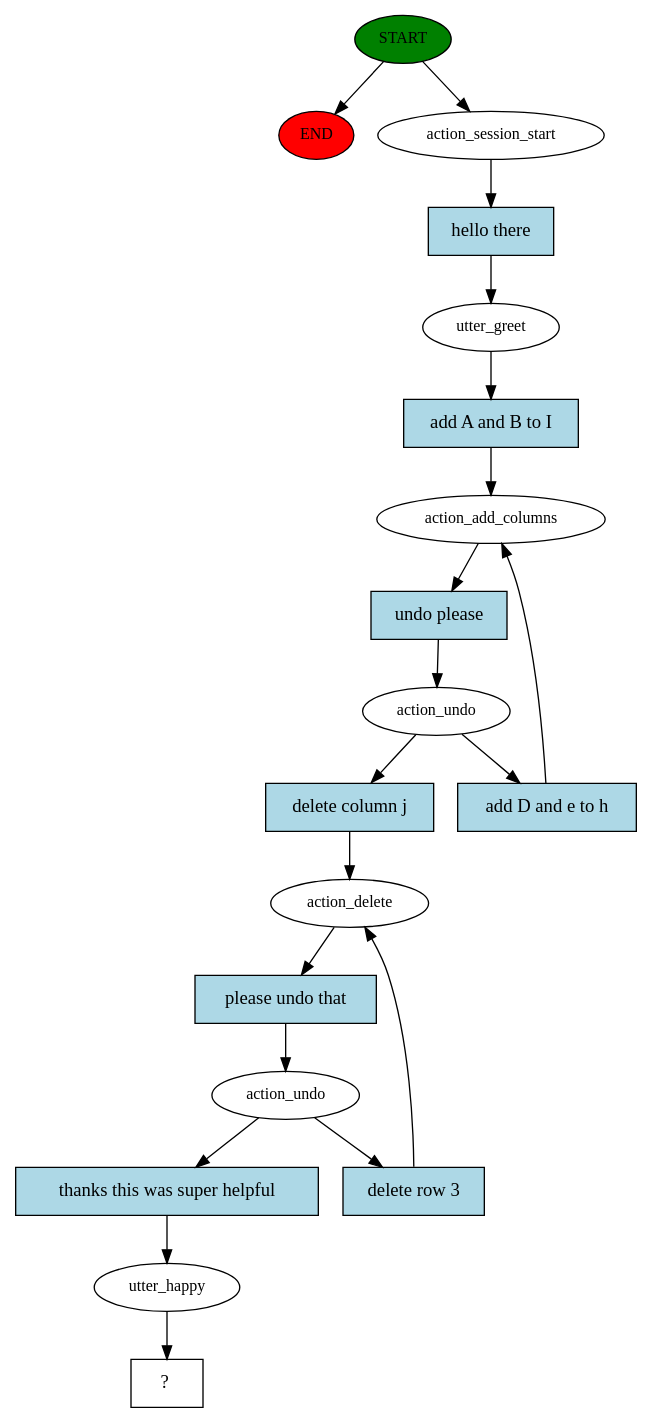
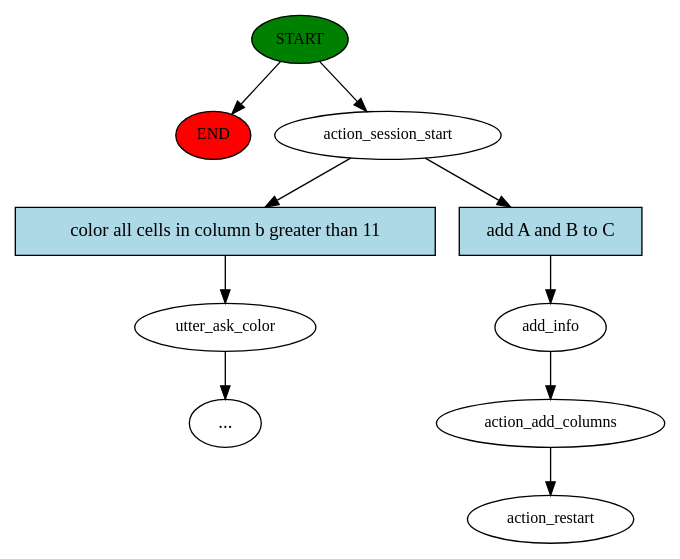
One commit to killerB97/Excelency changed the diagram in story_graph.dot. Above: the diagram before and after it, drawn with Graphviz. The commit also changed 12 other files, not shown here.

```diff
--- a/story_graph.dot
+++ b/story_graph.dot
@@ -1,39 +1,21 @@
 digraph  {
 0 [class="start active", fillcolor=green, fontsize=12, label=START, style=filled];
 "-1" [class=end, fillcolor=red, fontsize=12, label=END, style=filled];
 1 [class=active, fontsize=12, label=action_session_start];
-2 [class=active, fontsize=12, label=utter_greet];
-3 [class=active, fontsize=12, label=action_add_columns];
-4 [class=active, fontsize=12, label=action_undo];
-9 [class=active, fontsize=12, label=action_delete];
-10 [class=active, fontsize=12, label=action_undo];
-13 [class=active, fontsize=12, label=utter_happy];
-14 [class="intent dashed active", label="  ?  ", shape=rect];
-15 [class="intent active", fillcolor=lightblue, label="hello there", shape=rect, style=filled];
-16 [class="intent active", fillcolor=lightblue, label="add A and B to I", shape=rect, style=filled];
-17 [class="intent active", fillcolor=lightblue, label="undo please", shape=rect, style=filled];
-18 [class="intent active", fillcolor=lightblue, label="add D and e to h", shape=rect, style=filled];
-19 [class="intent active", fillcolor=lightblue, label="delete column j", shape=rect, style=filled];
-20 [class="intent active", fillcolor=lightblue, label="please undo that", shape=rect, style=filled];
-21 [class="intent active", fillcolor=lightblue, label="delete row 3", shape=rect, style=filled];
-22 [class="intent active", fillcolor=lightblue, label="thanks this was super helpful", shape=rect, style=filled];
+2 [class="", fontsize=12, label=utter_ask_color];
+"-3" [class=ellipsis, label="..."];
+4 [class=active, fontsize=12, label=add_info];
+5 [class=active, fontsize=12, label=action_add_columns];
+6 [class="dashed active", fontsize=12, label=action_restart];
+7 [class=intent, fillcolor=lightblue, label="color all cells in column b greater than 11", shape=rect, style=filled];
+8 [class="intent active", fillcolor=lightblue, label="add A and B to C", shape=rect, style=filled];
 0 -> "-1"  [class="", key=NONE, label=""];
 0 -> 1  [class=active, key=NONE, label=""];
-1 -> 15  [class=active, key=0];
-2 -> 16  [class=active, key=0];
-3 -> 17  [class=active, key=0];
-4 -> 18  [class=active, key=0];
-4 -> 19  [class=active, key=0];
-9 -> 20  [class=active, key=0];
-10 -> 21  [class=active, key=0];
-10 -> 22  [class=active, key=0];
-13 -> 14  [class=active, key=NONE, label=""];
-15 -> 2  [class=active, key=0];
-16 -> 3  [class=active, key=0];
-17 -> 4  [class=active, key=0];
-18 -> 3  [class=active, key=0];
-19 -> 9  [class=active, key=0];
-20 -> 10  [class=active, key=0];
-21 -> 9  [class=active, key=0];
-22 -> 13  [class=active, key=0];
+1 -> 7  [class="", key=0];
+1 -> 8  [class=active, key=0];
+2 -> "-3"  [class="", key=NONE, label=""];
+4 -> 5  [class=active, key=NONE, label=""];
+5 -> 6  [class=active, key=NONE, label=""];
+7 -> 2  [class="", key=0];
+8 -> 4  [class=active, key=0];
 }
```
